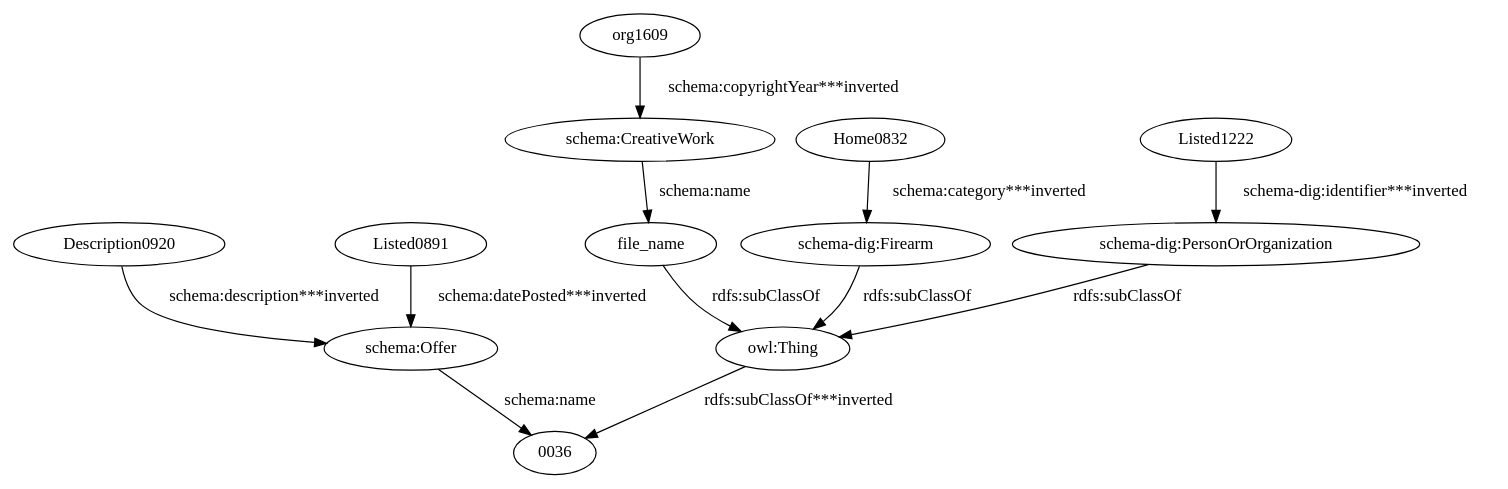
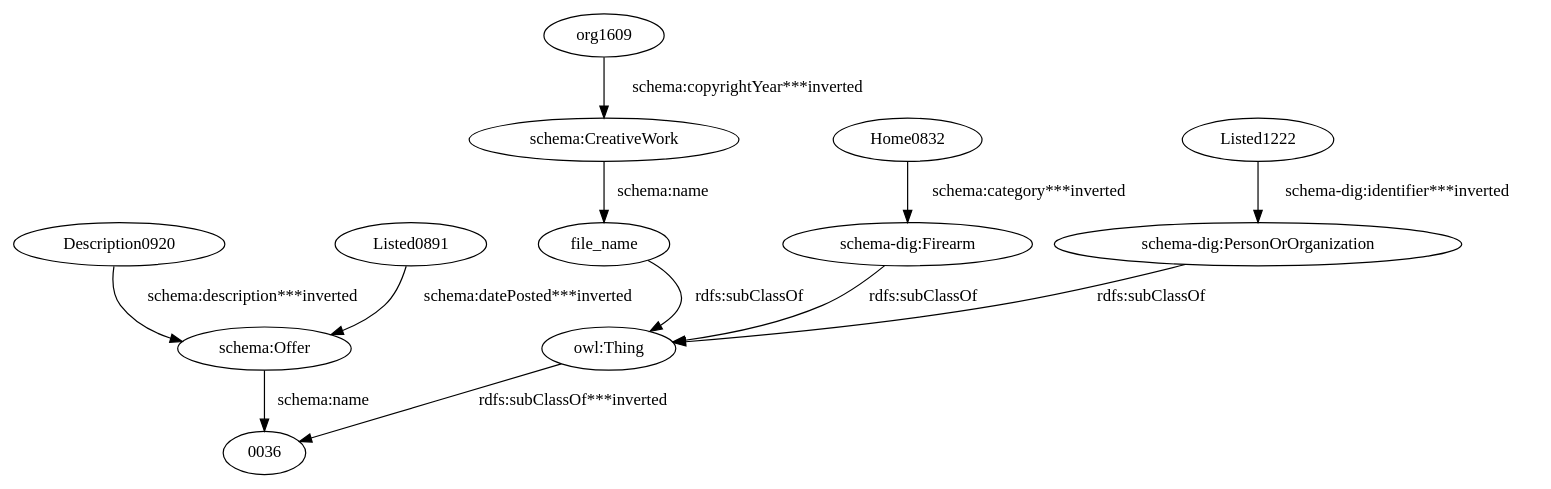
The diagram in data/taheriyan2016/task_04/semantic_models/steiner/dot/hawaiiguntrader.dot (giuseppefutia/semi), drawn with Graphviz before and after one commit. The commit also changed 89 other files, not shown here.

```diff
--- a/data/taheriyan2016/task_04/semantic_models/steiner/dot/hawaiiguntrader.dot
+++ b/data/taheriyan2016/task_04/semantic_models/steiner/dot/hawaiiguntrader.dot
@@ -1,25 +1,25 @@
 digraph {
   Description0920 [type=attribute_name,label=Description0920]
   "schema:Offer1" [type=class_uri,label="schema:Offer"]
   Home0832 [type=attribute_name,label=Home0832]
   "schema-dig:Firearm1" [type=class_uri,label="schema-dig:Firearm"]
   Listed0891 [type=attribute_name,label=Listed0891]
   Listed1222 [type=attribute_name,label=Listed1222]
   "schema-dig:PersonOrOrganization1" [type=class_uri,label="schema-dig:PersonOrOrganization"]
   file_name [type=attribute_name,label=file_name]
   "owl:Thing" [type=special,label="owl:Thing"]
   org1609 [type=attribute_name,label=org1609]
   "schema:CreativeWork1" [type=class_uri,label="schema:CreativeWork"]
   "0036" [type=attribute_name,label="0036"]
-  Description0920 -> "schema:Offer1" [type=st_property_uri,label="schema:description***inverted"]
-  Home0832 -> "schema-dig:Firearm1" [type=st_property_uri,label="schema:category***inverted"]
-  Listed0891 -> "schema:Offer1" [type=st_property_uri,label="schema:datePosted***inverted"]
-  Listed1222 -> "schema-dig:PersonOrOrganization1" [type=st_property_uri,label="schema-dig:identifier***inverted"]
-  file_name -> "owl:Thing" [label="rdfs:subClassOf",type=inherited]
-  org1609 -> "schema:CreativeWork1" [type=st_property_uri,label="schema:copyrightYear***inverted"]
-  "owl:Thing" -> "0036" [type=inherited,label="rdfs:subClassOf***inverted"]
-  "schema-dig:Firearm1" -> "owl:Thing" [label="rdfs:subClassOf",type=inherited]
-  "schema-dig:PersonOrOrganization1" -> "owl:Thing" [label="rdfs:subClassOf",type=inherited]
+  Description0920 -> "schema:Offer1" [type=st_property_uri,label="schema:description***inverted",weight=1]
+  Home0832 -> "schema-dig:Firearm1" [type=st_property_uri,label="schema:category***inverted",weight=1]
+  Listed0891 -> "schema:Offer1" [type=st_property_uri,label="schema:datePosted***inverted",weight=1]
+  Listed1222 -> "schema-dig:PersonOrOrganization1" [type=st_property_uri,label="schema-dig:identifier***inverted",weight=1]
+  file_name -> "owl:Thing" [label="rdfs:subClassOf",type=inherited,weight=0.3333333333333333]
+  org1609 -> "schema:CreativeWork1" [type=st_property_uri,label="schema:copyrightYear***inverted",weight=1]
+  "owl:Thing" -> "0036" [type=inherited,label="rdfs:subClassOf***inverted",weight=0.3333333333333333]
+  "schema-dig:Firearm1" -> "owl:Thing" [label="rdfs:subClassOf",type=inherited,weight=0.3333333333333333]
+  "schema-dig:PersonOrOrganization1" -> "owl:Thing" [label="rdfs:subClassOf",type=inherited,weight=0.3333333333333333]
   "schema:CreativeWork1" -> file_name [label="schema:name",type=st_property_uri]
   "schema:Offer1" -> "0036" [label="schema:name",type=st_property_uri]
 }
```
